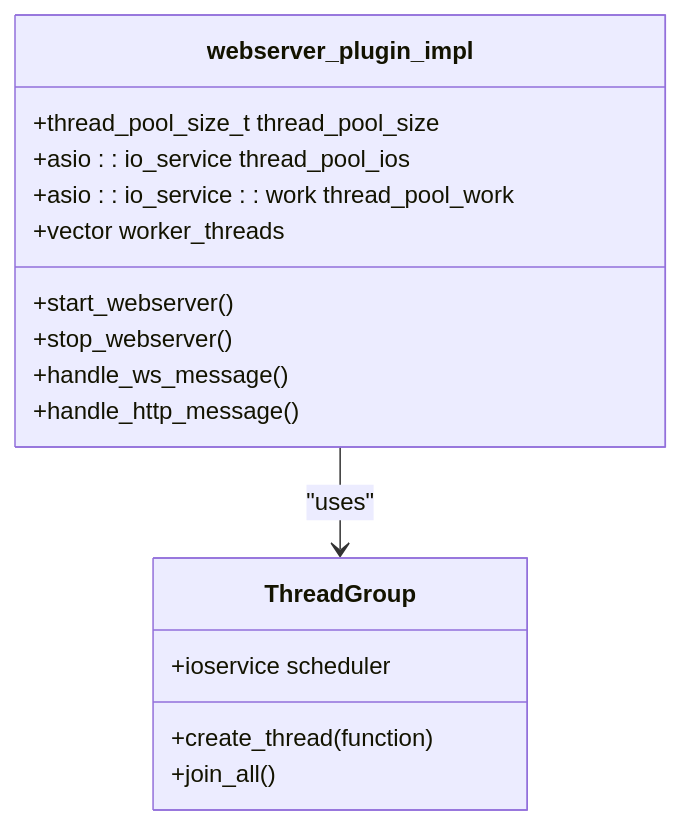
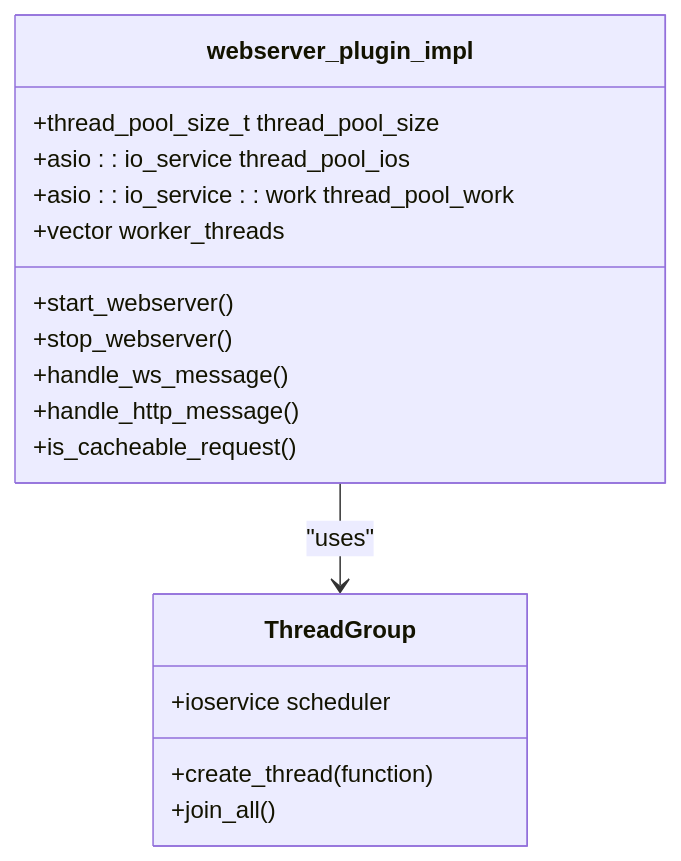
Before and after one commit to VIZ-Blockchain/viz-cpp-node: the fifth of 8 diagrams in .qoder/repowiki/en/content/Webserver Plugin.md, drawn with Mermaid. The commit also changed other lines of this file and 5 other files, not shown here.

````diff
--- a/.qoder/repowiki/en/content/Webserver Plugin.md
+++ b/.qoder/repowiki/en/content/Webserver Plugin.md
@@ -206,19 +226,20 @@
 ```mermaid
 classDiagram
 class webserver_plugin_impl {
 +thread_pool_size_t thread_pool_size
 +asio : : io_service thread_pool_ios
 +asio : : io_service : : work thread_pool_work
 +vector<boost : : thread> worker_threads
 +start_webserver()
 +stop_webserver()
 +handle_ws_message()
 +handle_http_message()
++is_cacheable_request()
 }
 class ThreadGroup {
 +create_thread(function)
 +join_all()
 +ioservice scheduler
 }
 webserver_plugin_impl --> ThreadGroup : "uses"
 ```
````
